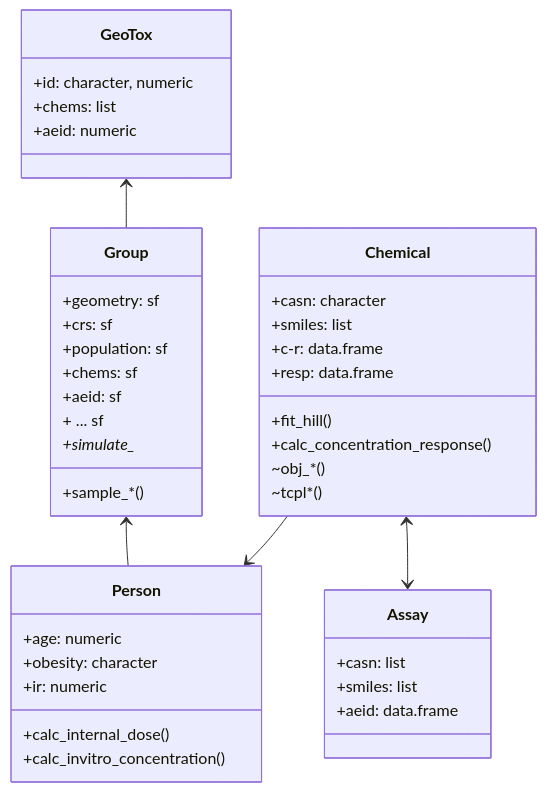
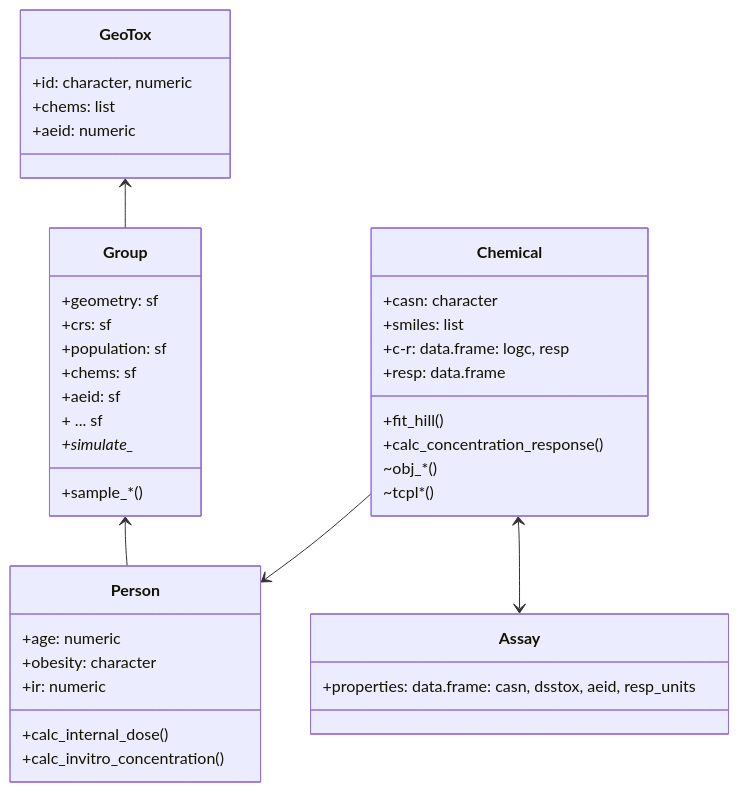
One commit to NIEHS/GeoTox changed the diagram in objects.md. Above: the diagram before and after it, drawn with Mermaid.

````diff
--- a/objects.md
+++ b/objects.md
@@ -2,50 +2,48 @@
 ```mermaid
 classDiagram
     class GeoTox {
         +id: character, numeric
         +chems: list
         +aeid: numeric
     }
   
       class Group {
         +geometry: sf
         +crs: sf
         +population: sf
         +chems: sf
         +aeid: sf
         + ...  sf
         +sample_*()
         +simulate_*
     }
 
     class Person {
         +age: numeric
         +obesity: character
         +ir: numeric
         +calc_internal_dose()
         +calc_invitro_concentration()
     }
 
     class Chemical {
         +casn: character
         +smiles: list
-        +c-r: data.frame
+        +c-r: data.frame: logc, resp
         +resp: data.frame
         +fit_hill()
         +calc_concentration_response()
         ~obj_*()
         ~tcpl*()
     }
 
     class Assay {
-        +casn: list
-        +smiles: list
-        +aeid: data.frame
+        +properties: data.frame: casn, dsstox, aeid, resp_units
     }
 
     GeoTox <-- Group
     Group <-- Person
     Chemical <--> Assay
     Chemical --> Person
 
 ```
````
